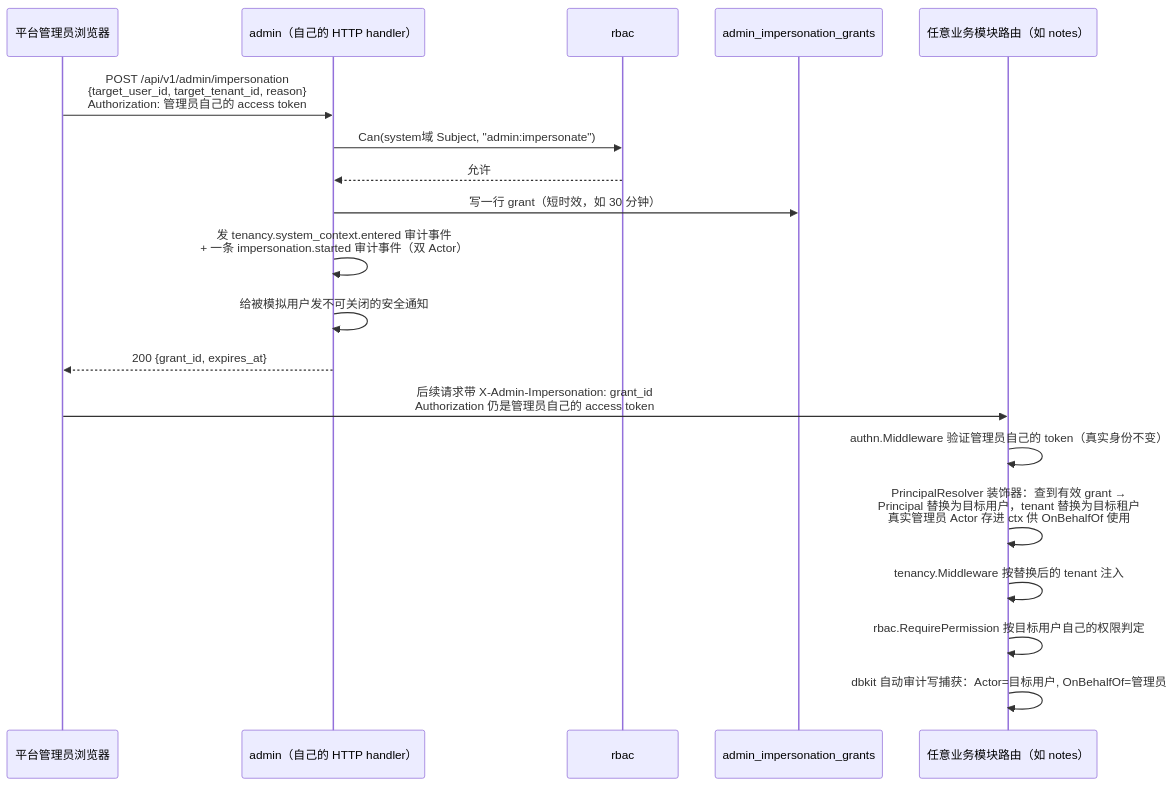
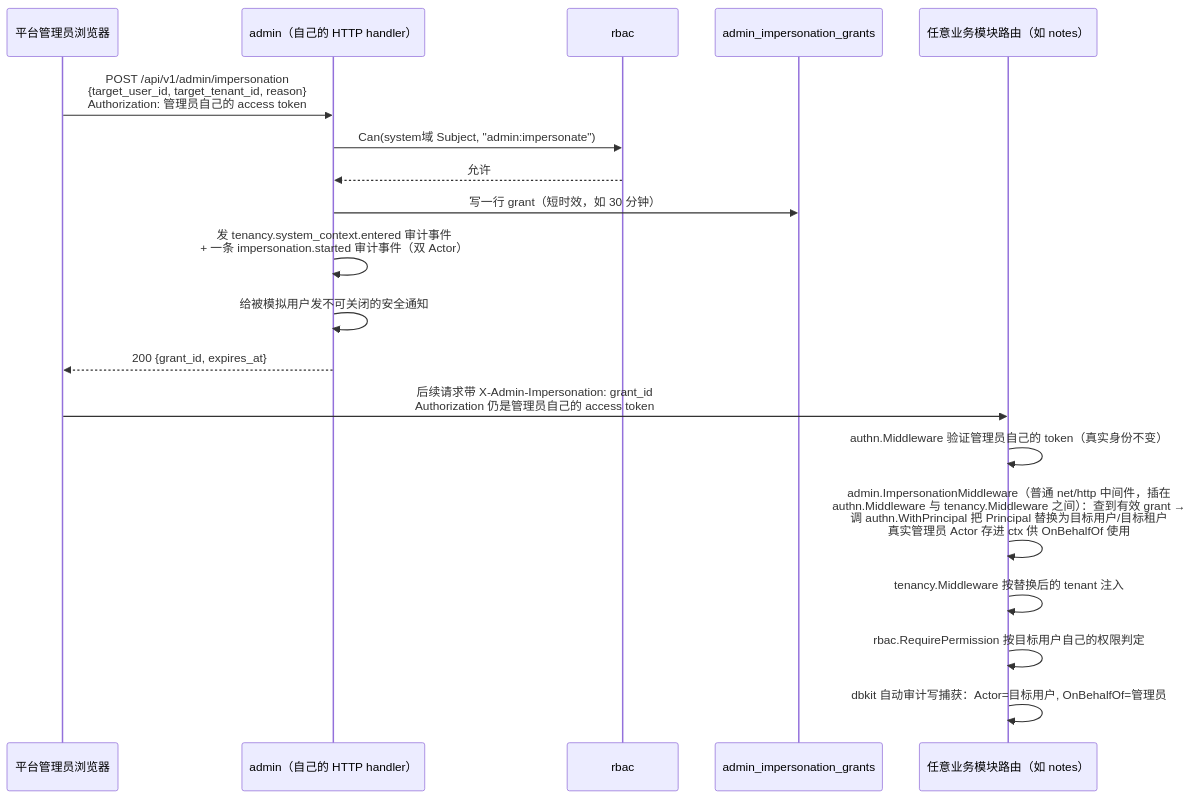
The diagram in docs/internal/23-admin.md (vislake/speed), drawn with Mermaid before and after one commit. The commit also changed other lines of this file and 12 other files, not shown here.

````diff
--- a/docs/internal/23-admin.md
+++ b/docs/internal/23-admin.md
@@ -148,23 +149,23 @@
 ```mermaid
 sequenceDiagram
     participant Staff as 平台管理员浏览器
     participant Admin as admin（自己的 HTTP handler）
     participant RBAC as rbac
     participant DB as admin_impersonation_grants
     participant Biz as 任意业务模块路由（如 notes）
 
     Staff->>Admin: POST /api/v1/admin/impersonation<br/>{target_user_id, target_tenant_id, reason}<br/>Authorization: 管理员自己的 access token
     Admin->>RBAC: Can(system域 Subject, "admin:impersonate")
     RBAC-->>Admin: 允许
     Admin->>DB: 写一行 grant（短时效，如 30 分钟）
     Admin->>Admin: 发 tenancy.system_context.entered 审计事件<br/>+ 一条 impersonation.started 审计事件（双 Actor）
     Admin->>Admin: 给被模拟用户发不可关闭的安全通知
     Admin-->>Staff: 200 {grant_id, expires_at}
 
     Staff->>Biz: 后续请求带 X-Admin-Impersonation: grant_id<br/>Authorization 仍是管理员自己的 access token
     Biz->>Biz: authn.Middleware 验证管理员自己的 token（真实身份不变）
-    Biz->>Biz: PrincipalResolver 装饰器：查到有效 grant →<br/>Principal 替换为目标用户，tenant 替换为目标租户<br/>真实管理员 Actor 存进 ctx 供 OnBehalfOf 使用
+    Biz->>Biz: admin.ImpersonationMiddleware（普通 net/http 中间件，插在<br/>authn.Middleware 与 tenancy.Middleware 之间）：查到有效 grant →<br/>调 authn.WithPrincipal 把 Principal 替换为目标用户/目标租户<br/>真实管理员 Actor 存进 ctx 供 OnBehalfOf 使用
     Biz->>Biz: tenancy.Middleware 按替换后的 tenant 注入
     Biz->>Biz: rbac.RequirePermission 按目标用户自己的权限判定
     Biz->>Biz: dbkit 自动审计写捕获：Actor=目标用户, OnBehalfOf=管理员
 ```
````
